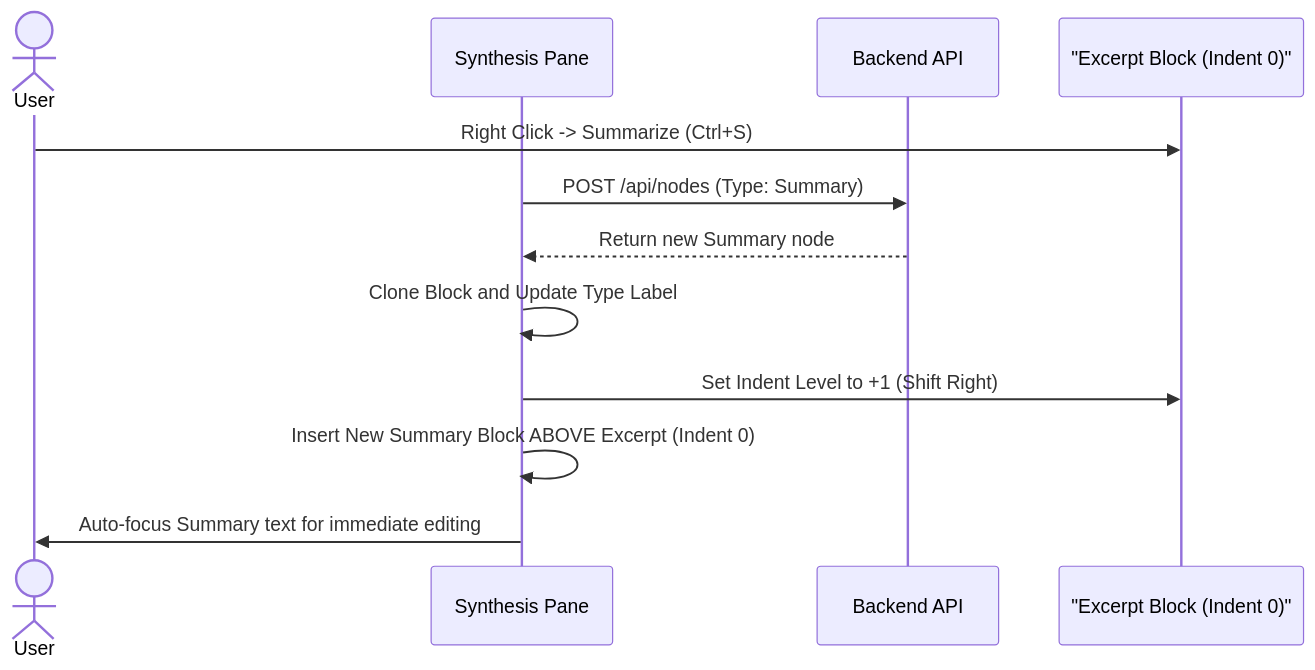
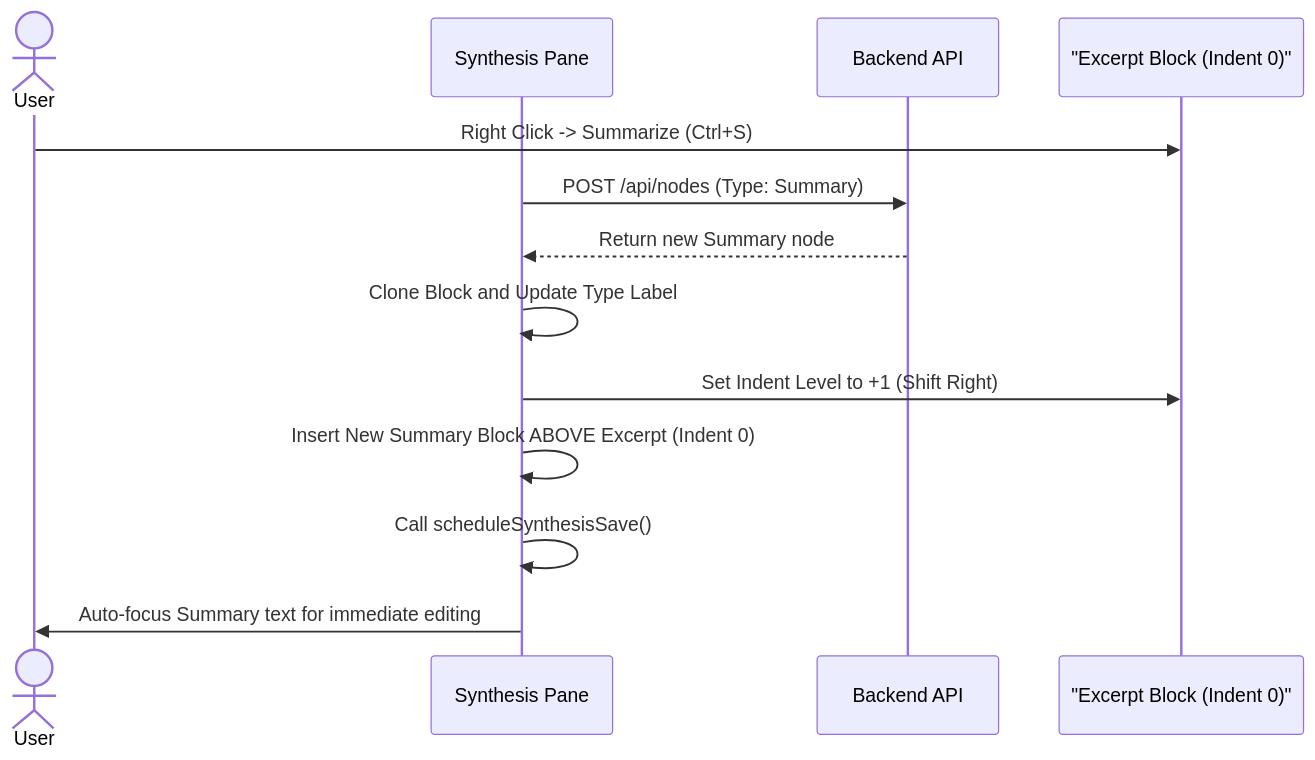
The third of 3 diagrams in project_context.md (CLocs/internalize-back), drawn with Mermaid before and after one commit. The commit also changed other lines of this file, not shown here.

````diff
--- a/project_context.md
+++ b/project_context.md
@@ -83,15 +85,16 @@
 ```mermaid
 sequenceDiagram
     actor User
     participant DOM as Synthesis Pane
     participant DB as Backend API
     participant Excerpt as "Excerpt Block (Indent 0)"
 
     User->>Excerpt: Right Click -> Summarize (Ctrl+S)
     DOM->>DB: POST /api/nodes (Type: Summary)
     DB-->>DOM: Return new Summary node
     DOM->>DOM: Clone Block and Update Type Label
     DOM->>Excerpt: Set Indent Level to +1 (Shift Right)
     DOM->>DOM: Insert New Summary Block ABOVE Excerpt (Indent 0)
+    DOM->>DOM: Call scheduleSynthesisSave()
     DOM->>User: Auto-focus Summary text for immediate editing
 ```
````
